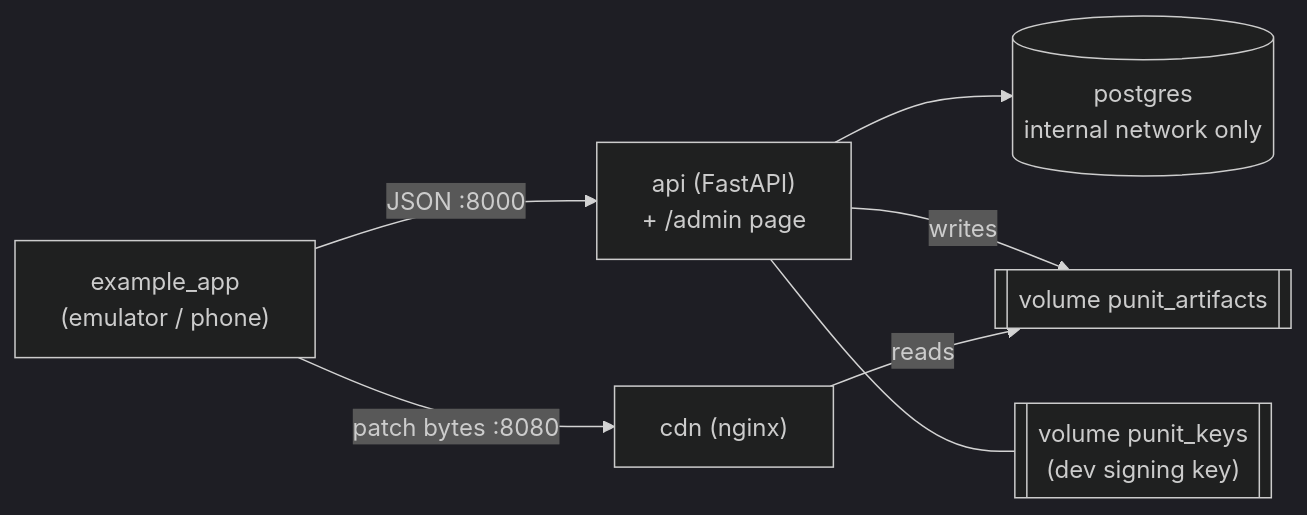
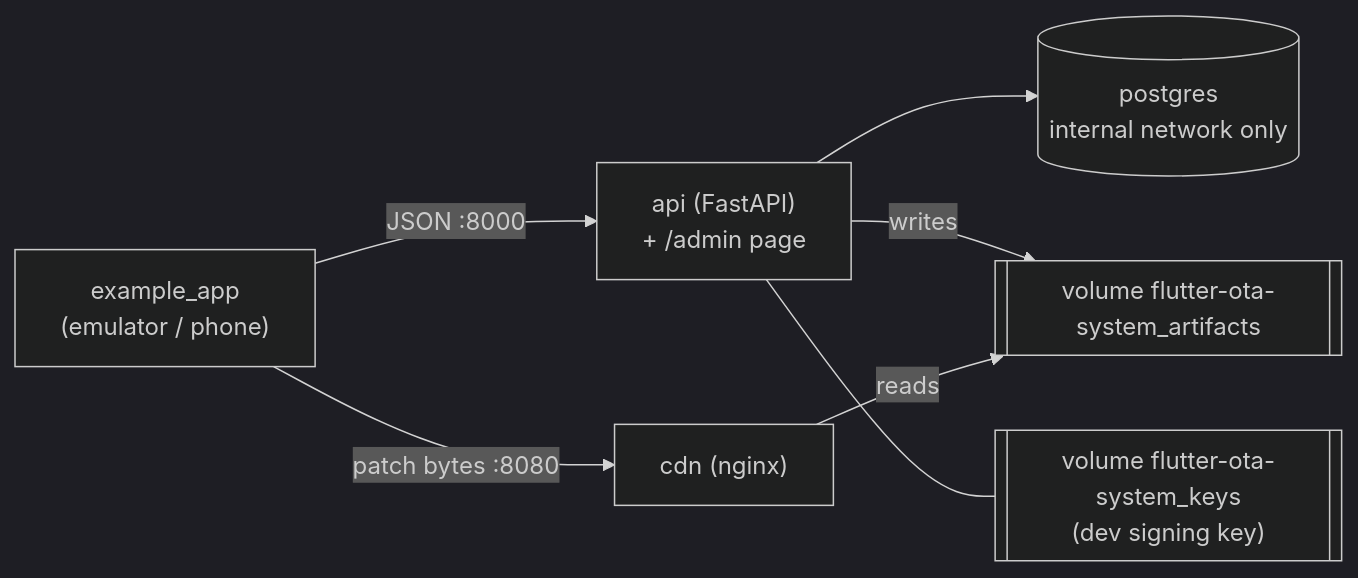
The diagram in docs/installation.md (punitsoni22/flutter_ota_system), drawn with Mermaid (dark theme) before and after one commit. The commit also changed other lines of this file and 77 other files, not shown here.

Commit message:
Rename project to Flutter OTA System; new project icon

````diff
--- a/docs/installation.md
+++ b/docs/installation.md
@@ -26,9 +26,9 @@
 ```mermaid
 flowchart LR
   app["example_app<br/>(emulator / phone)"] -- "JSON :8000" --> api["api (FastAPI)<br/>+ /admin page"]
   api --> pg[("postgres<br/>internal network only")]
-  api -- writes --> vol[["volume punit_artifacts"]]
-  api --- keys[["volume punit_keys<br/>(dev signing key)"]]
+  api -- writes --> vol[["volume flutter-ota-system_artifacts"]]
+  api --- keys[["volume flutter-ota-system_keys<br/>(dev signing key)"]]
   app -- "patch bytes :8080" --> cdn["cdn (nginx)"]
   cdn -- reads --> vol
 ```
````
